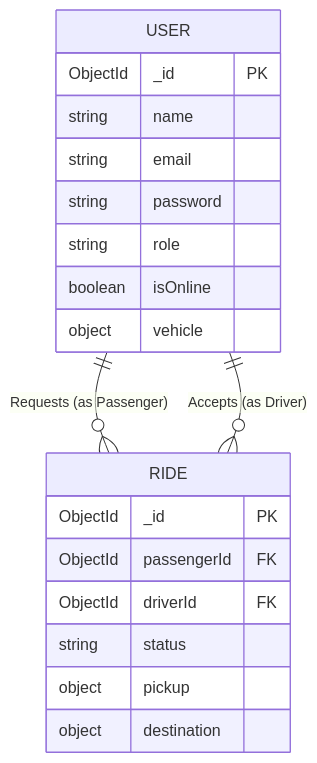
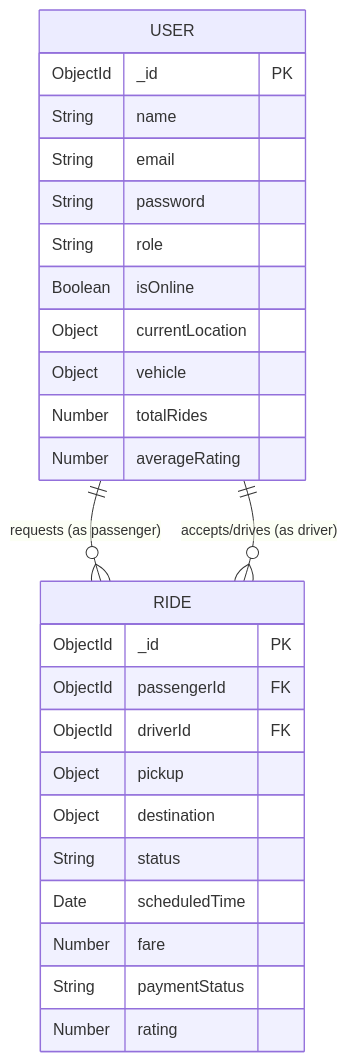
Before and after one commit to Prakhar-IITRoorkee/Campus-Ride-Management-Platform: the diagram in Design_Document.md, drawn with Mermaid. The commit also changed other lines of this file and 27 other files, not shown here.

````diff
--- a/Design_Document.md
+++ b/Design_Document.md
@@ -40,24 +57,31 @@
 ```mermaid
 erDiagram
     USER {
         ObjectId _id PK
-        string name
-        string email
-        string password
-        string role
-        boolean isOnline
-        object vehicle
+        String name
+        String email
+        String password
+        String role
+        Boolean isOnline
+        Object currentLocation
+        Object vehicle
+        Number totalRides
+        Number averageRating
     }
     
     RIDE {
         ObjectId _id PK
         ObjectId passengerId FK
         ObjectId driverId FK
-        string status
-        object pickup
-        object destination
+        Object pickup
+        Object destination
+        String status
+        Date scheduledTime
+        Number fare
+        String paymentStatus
+        Number rating
     }
 
-    USER ||--o{ RIDE : "Requests (as Passenger)"
-    USER ||--o{ RIDE : "Accepts (as Driver)"
+    USER ||--o{ RIDE : "requests (as passenger)"
+    USER ||--o{ RIDE : "accepts/drives (as driver)"
 ```
````
